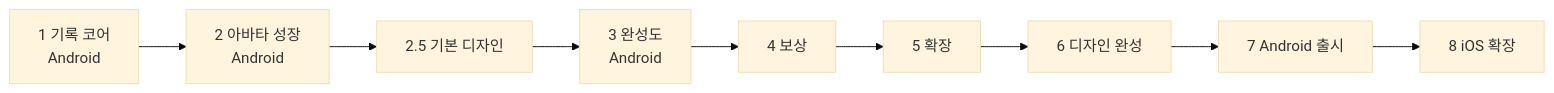
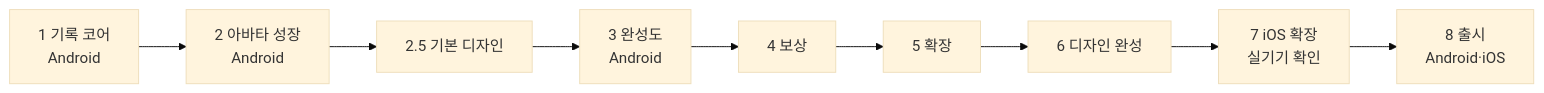
The diagram in docs/roadmap.md (dhkim1522/runmagochi), drawn with Mermaid (base theme) before and after one commit. The commit also changed other lines of this file and 9 other files, not shown here.

````diff
--- a/docs/roadmap.md
+++ b/docs/roadmap.md
@@ -13,11 +13,11 @@
 ```mermaid
 flowchart LR
     P1["1 기록 코어<br/>Android"] --> P2["2 아바타 성장<br/>Android"]
     P2 --> P25["2.5 기본 디자인"]
     P25 --> P3["3 완성도<br/>Android"]
     P3 --> P4["4 보상"]
     P4 --> P5["5 확장"]
     P5 --> P6["6 디자인 완성"]
-    P6 --> P7["7 Android 출시"]
-    P7 --> P8["8 iOS 확장"]
+    P6 --> P7["7 iOS 확장<br/>실기기 확인"]
+    P7 --> P8["8 출시<br/>Android·iOS"]
 ```
````
